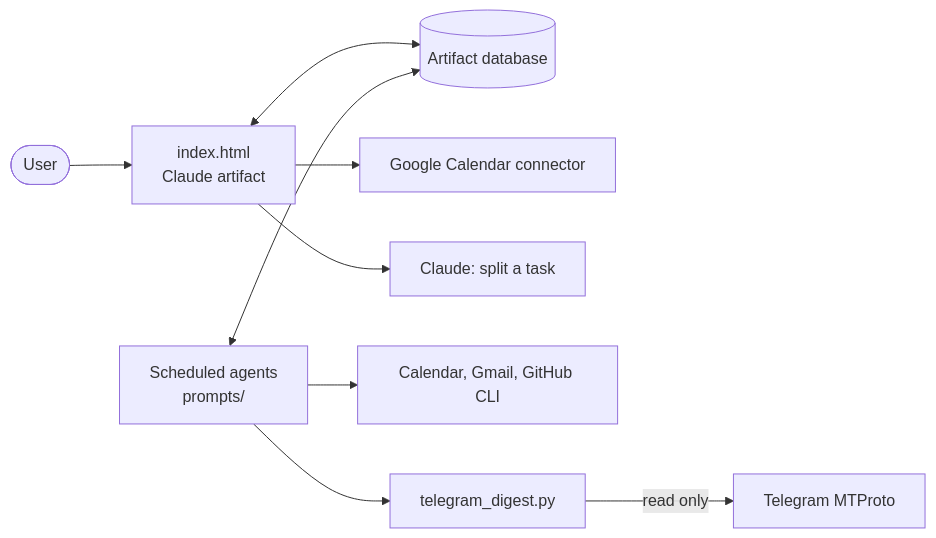
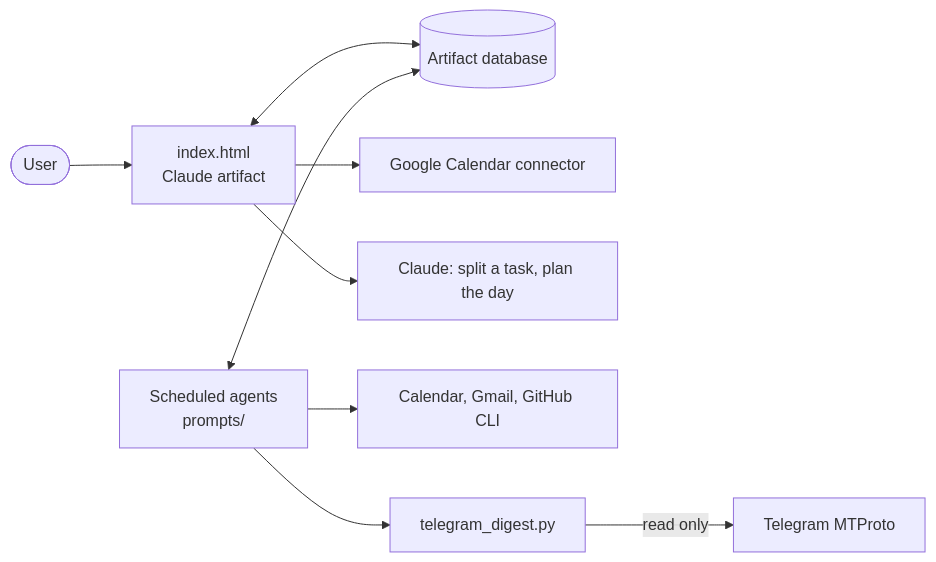
One commit to R00tPengu1n/pult-dnya changed the diagram in README.md. Above: the diagram before and after it, drawn with Mermaid. The commit also changed other lines of this file and 2 other files, not shown here.

Commit message:
Rename to Day Console in the English README and refresh the screenshot

````diff
--- a/README.md
+++ b/README.md
@@ -42,11 +66,11 @@
 ```mermaid
 flowchart LR
     user([User]) --> page[index.html<br>Claude artifact]
     page <--> db[(Artifact database)]
     page --> cal[Google Calendar connector]
-    page --> llm[Claude: split a task]
+    page --> llm[Claude: split a task, plan the day]
     agents[Scheduled agents<br>prompts/] <--> db
     agents --> sources[Calendar, Gmail, GitHub CLI]
     agents --> digest[telegram_digest.py]
     digest -- read only --> tg[Telegram MTProto]
 ```
````
